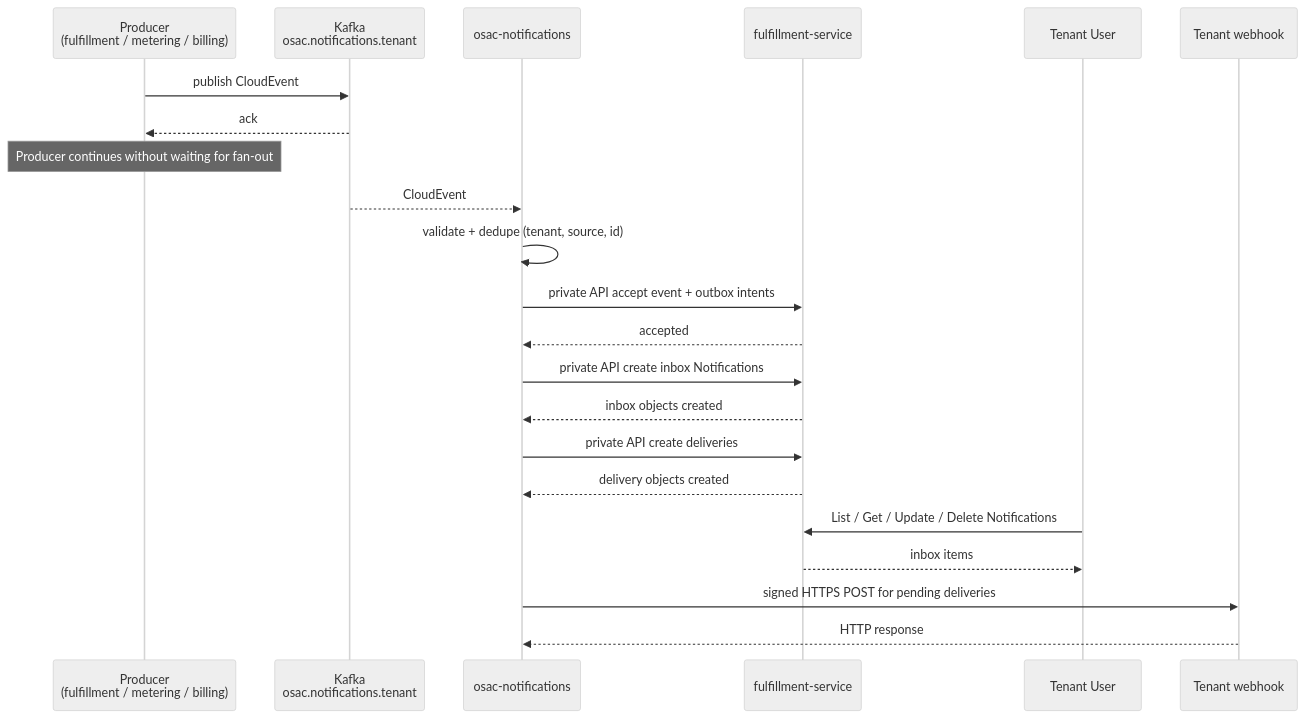
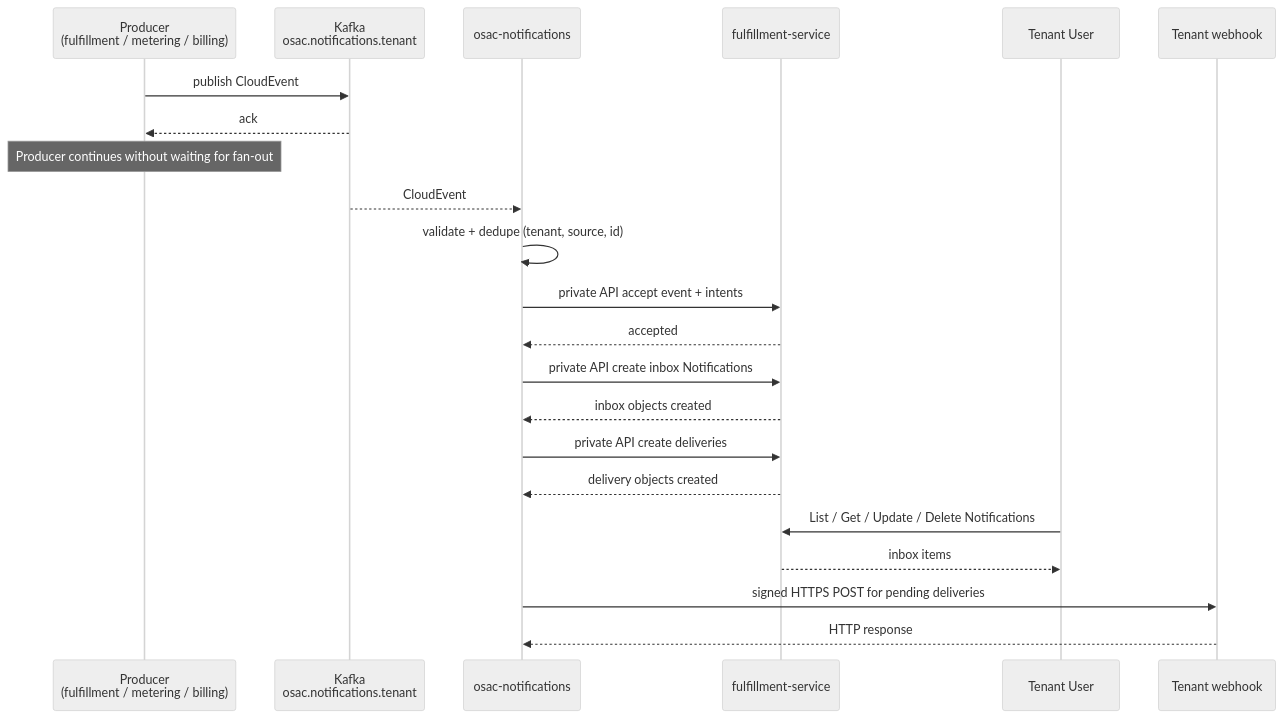
One commit to osac-project/enhancement-proposals changed the second of 2 diagrams in enhancements/OSAC-75-notifications/design.md. Above: the diagram before and after it, drawn with Mermaid (neutral theme). The commit also changed other lines of this file, not shown here.

````diff
--- a/enhancements/OSAC-75-notifications/design.md
+++ b/enhancements/OSAC-75-notifications/design.md
@@ -90,24 +90,24 @@
 ```mermaid
 sequenceDiagram
     participant Prod as Producer <br>(fulfillment / metering / billing)
     participant Kafka as Kafka <br>osac.notifications.tenant
     participant N as osac-notifications
     participant FS as fulfillment-service
     participant User as Tenant User
     participant Hook as Tenant webhook
     Prod ->> Kafka: publish CloudEvent
     Kafka -->> Prod: ack
     Note over Prod: Producer continues without waiting for fan-out
     Kafka -->> N: CloudEvent
     N ->> N: validate + dedupe (tenant, source, id)
-    N ->> FS: private API accept event + outbox intents
+    N ->> FS: private API accept event + intents
     FS -->> N: accepted
     N ->> FS: private API create inbox Notifications
     FS -->> N: inbox objects created
     N ->> FS: private API create deliveries
     FS -->> N: delivery objects created
     User ->> FS: List / Get / Update / Delete Notifications
     FS -->> User: inbox items
     N ->> Hook: signed HTTPS POST for pending deliveries
     Hook -->> N: HTTP response
 ```
````
